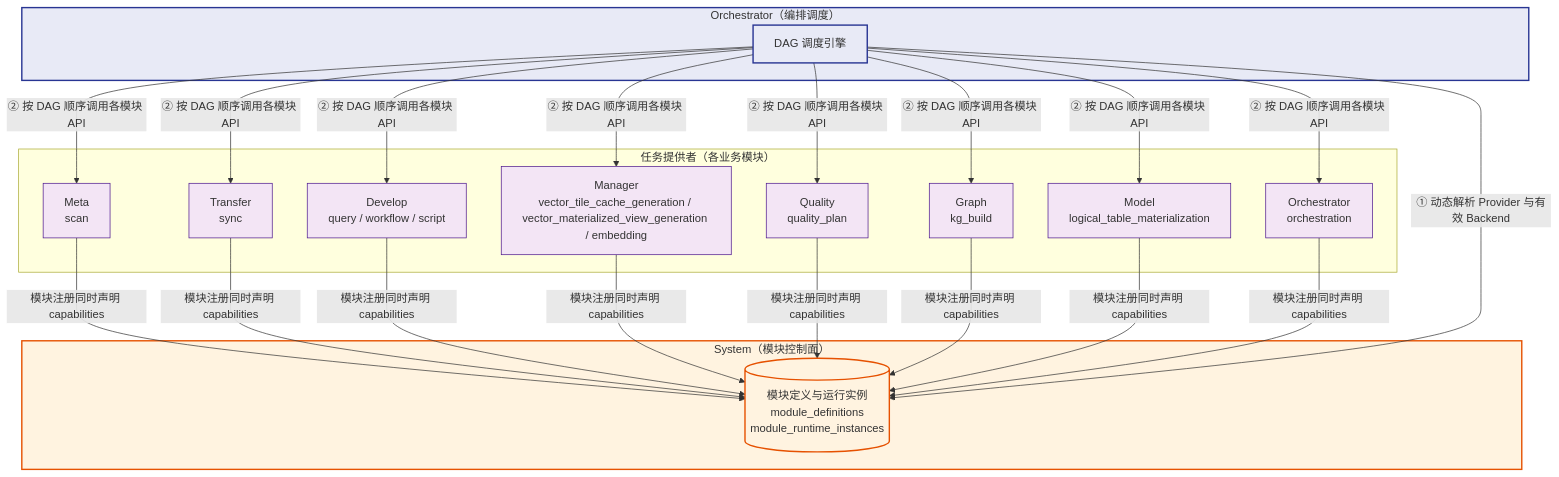
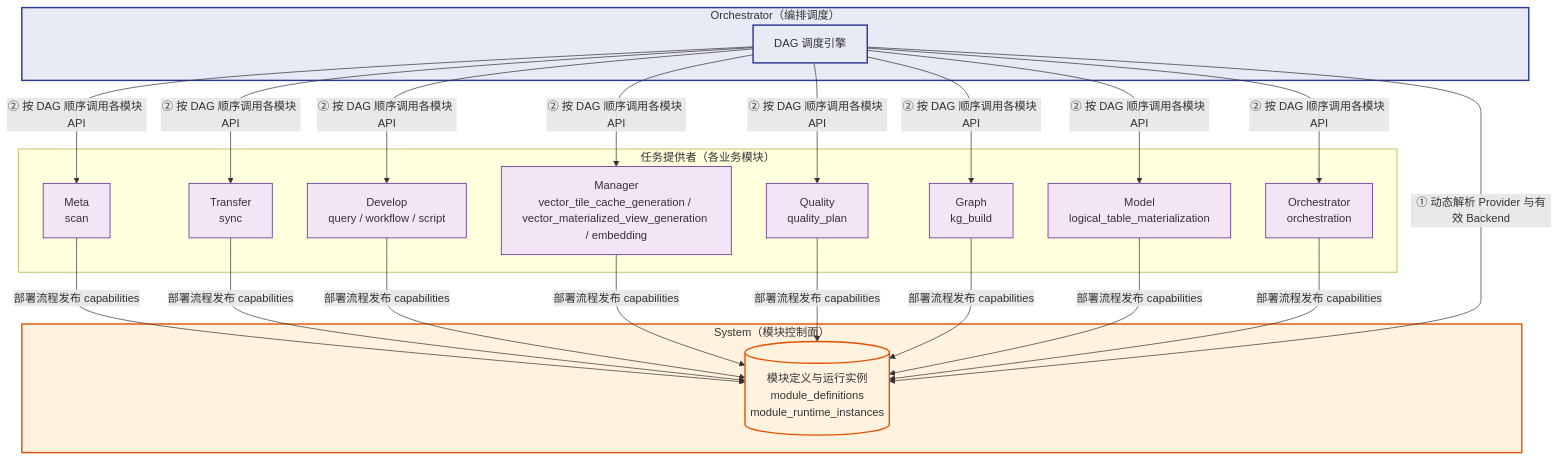
Before and after one commit to pampa0629/addp: the third of 4 diagrams in docs/concepts/modules/扩展运行时与任务编排.md, drawn with Mermaid. The commit also changed other lines of this file and 161 other files, not shown here.

Commit message:
feat(registry): publish module declarations during deployment

````diff
--- a/docs/concepts/modules/扩展运行时与任务编排.md
+++ b/docs/concepts/modules/扩展运行时与任务编排.md
@@ -132,47 +132,47 @@
 ```mermaid
 graph TB
     subgraph System["System（模块控制面）"]
         ModuleRegistry[(模块定义与运行实例<br/>module_definitions<br/>module_runtime_instances)]
     end
 
     subgraph Providers["任务提供者（各业务模块）"]
         MetaT["Meta<br/>scan"]
         TransferT["Transfer<br/>sync"]
         DevelopT["Develop<br/>query / workflow / script"]
         ManagerT["Manager<br/>vector_tile_cache_generation / vector_materialized_view_generation / embedding"]
         QualityT["Quality<br/>quality_plan"]
         ModelT["Model<br/>logical_table_materialization"]
         GraphT["Graph<br/>kg_build"]
         OrchestratorT["Orchestrator<br/>orchestration"]
 
-        MetaT   -->|"模块注册同时声明 capabilities"| ModuleRegistry
-        TransferT -->|"模块注册同时声明 capabilities"| ModuleRegistry
-        DevelopT -->|"模块注册同时声明 capabilities"| ModuleRegistry
-        ManagerT -->|"模块注册同时声明 capabilities"| ModuleRegistry
-        QualityT -->|"模块注册同时声明 capabilities"| ModuleRegistry
-        GraphT -->|"模块注册同时声明 capabilities"| ModuleRegistry
-        ModelT -->|"模块注册同时声明 capabilities"| ModuleRegistry
-        OrchestratorT -->|"模块注册同时声明 capabilities"| ModuleRegistry
+        MetaT   -->|"部署流程发布 capabilities"| ModuleRegistry
+        TransferT -->|"部署流程发布 capabilities"| ModuleRegistry
+        DevelopT -->|"部署流程发布 capabilities"| ModuleRegistry
+        ManagerT -->|"部署流程发布 capabilities"| ModuleRegistry
+        QualityT -->|"部署流程发布 capabilities"| ModuleRegistry
+        GraphT -->|"部署流程发布 capabilities"| ModuleRegistry
+        ModelT -->|"部署流程发布 capabilities"| ModuleRegistry
+        OrchestratorT -->|"部署流程发布 capabilities"| ModuleRegistry
     end
 
     subgraph Orchestrator["Orchestrator（编排调度）"]
         DAGEngine["DAG 调度引擎"]
         DAGEngine -->|"① 动态解析 Provider 与有效 Backend"| ModuleRegistry
         DAGEngine -->|"② 按 DAG 顺序调用各模块 API"| MetaT
         DAGEngine -->|"② 按 DAG 顺序调用各模块 API"| TransferT
         DAGEngine -->|"② 按 DAG 顺序调用各模块 API"| DevelopT
         DAGEngine -->|"② 按 DAG 顺序调用各模块 API"| ManagerT
         DAGEngine -->|"② 按 DAG 顺序调用各模块 API"| QualityT
         DAGEngine -->|"② 按 DAG 顺序调用各模块 API"| ModelT
         DAGEngine -->|"② 按 DAG 顺序调用各模块 API"| GraphT
         DAGEngine -->|"② 按 DAG 顺序调用各模块 API"| OrchestratorT
     end
 
     classDef system fill:#fff3e0,stroke:#e65100,stroke-width:2px
     classDef provider fill:#f3e5f5,stroke:#4a148c
     classDef orch fill:#e8eaf6,stroke:#283593,stroke-width:2px
 
     class System,ModuleRegistry system
     class MetaT,TransferT,DevelopT,ManagerT,QualityT,ModelT,GraphT,OrchestratorT provider
     class Orchestrator,DAGEngine orch
 ```
````
